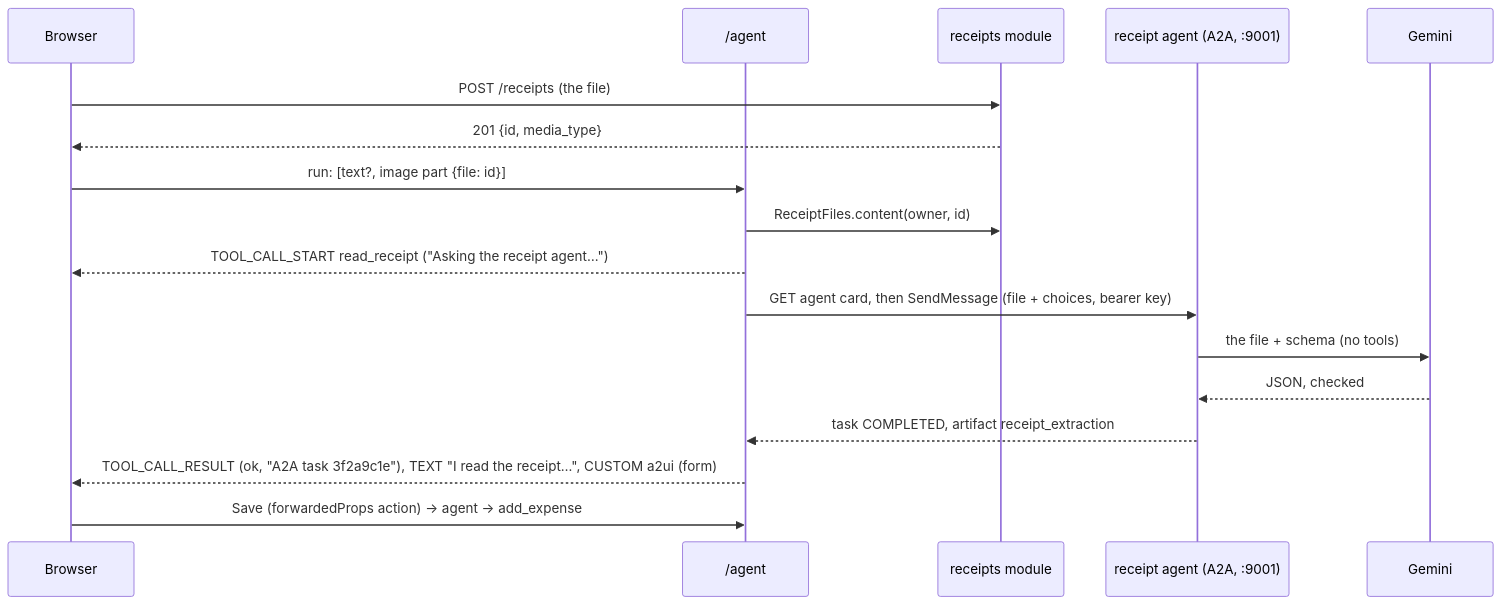
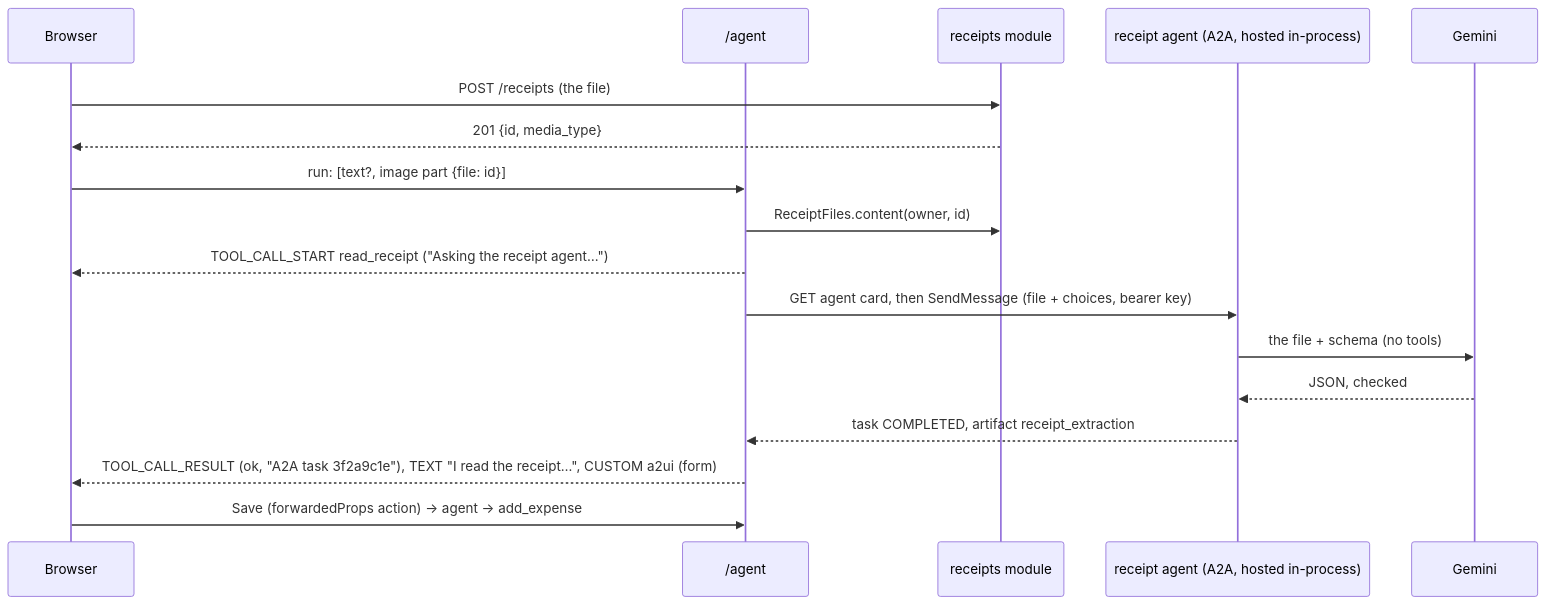
One commit to sanjeevgnrgy/spendwise changed the fourth of 6 diagrams in docs/assistant_architecture.md. Above: the diagram before and after it, drawn with Mermaid. The commit also changed 20 other files, not shown here.

````diff
--- a/docs/assistant_architecture.md
+++ b/docs/assistant_architecture.md
@@ -213,19 +213,19 @@
 ```mermaid
 sequenceDiagram
     participant B as Browser
     participant A as /agent
     participant R as receipts module
-    participant RA as receipt agent (A2A, :9001)
+    participant RA as receipt agent (A2A, hosted in-process)
     participant G as Gemini
     B->>R: POST /receipts (the file)
     R-->>B: 201 {id, media_type}
     B->>A: run: [text?, image part {file: id}]
     A->>R: ReceiptFiles.content(owner, id)
     A-->>B: TOOL_CALL_START read_receipt ("Asking the receipt agent…")
     A->>RA: GET agent card, then SendMessage (file + choices, bearer key)
     RA->>G: the file + schema (no tools)
     G-->>RA: JSON, checked
     RA-->>A: task COMPLETED, artifact receipt_extraction
     A-->>B: TOOL_CALL_RESULT (ok, "A2A task 3f2a9c1e"), TEXT "I read the receipt…", CUSTOM a2ui (form)
     B->>A: Save (forwardedProps action) → agent → add_expense
 ```
````
